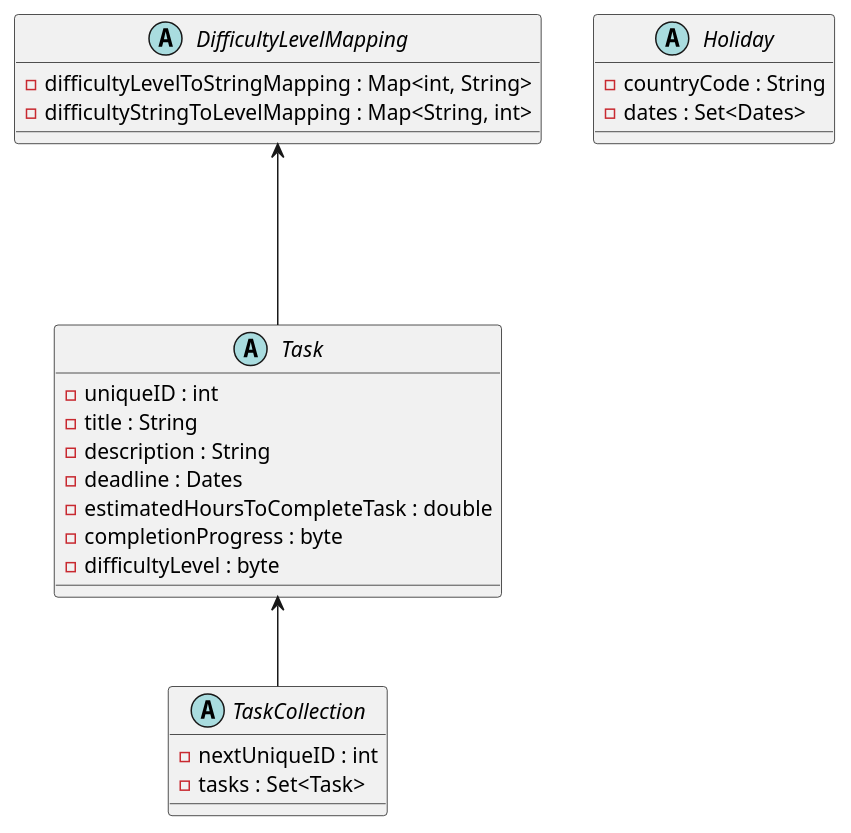
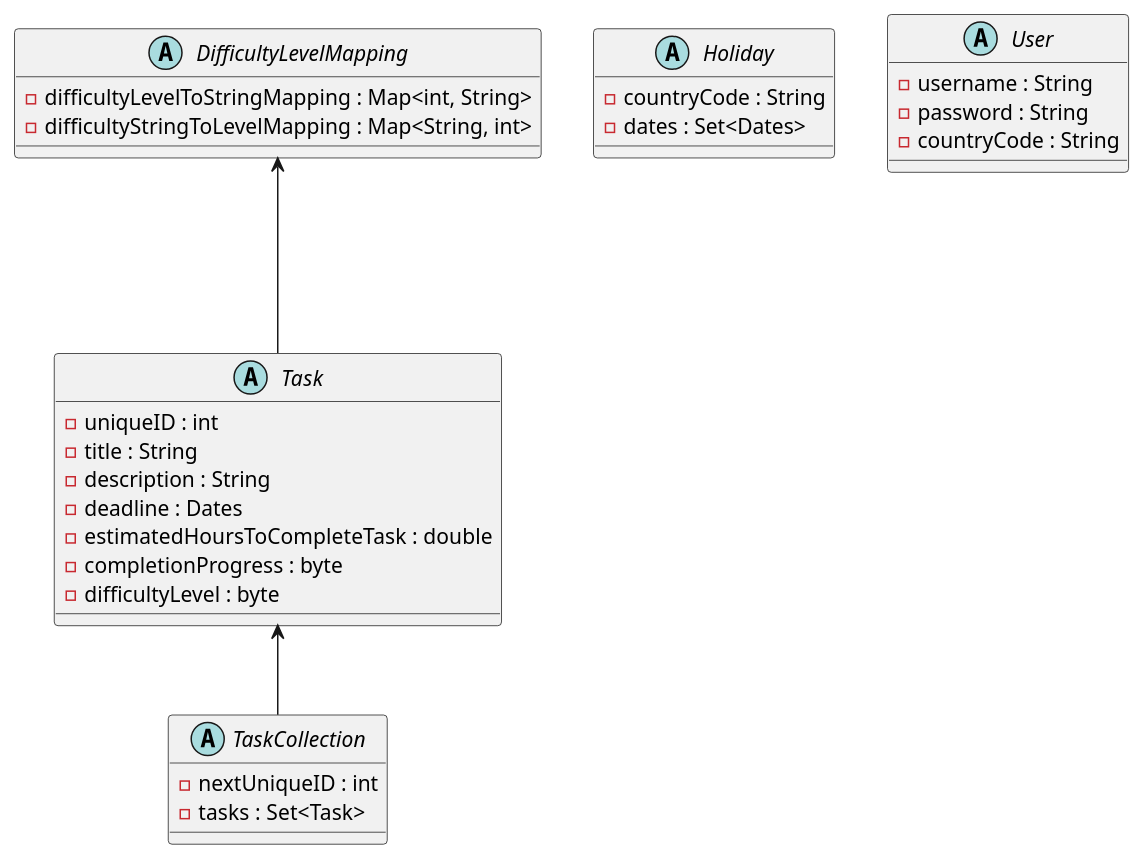
Before and after one commit to XiaRao/team-project: the diagram in Entities.puml, drawn with PlantUML. The commit also changed 1 other file, not shown here.

```diff
--- a/Entities.puml
+++ b/Entities.puml
@@ -1,36 +1,42 @@
 @startuml
 'https://plantuml.com/class-diagram
 
 abstract class TaskCollection {
   - nextUniqueID : int
   - tasks : Set<Task>
 }
 
 ' The estimated number of hours needed to complete the task must be positive
 ' The completion progress must be an integer between 0 and 100. Both 0 and 100 are allowed.
 abstract class Task {
   - uniqueID : int
   - title : String
   - description : String
   - deadline : Dates
   - estimatedHoursToCompleteTask : double
   - completionProgress : byte
   - difficultyLevel : byte
 }
 
 ' 1 - Easy, 2 - Average, 3 - Difficult
 abstract class DifficultyLevelMapping {
   - difficultyLevelToStringMapping : Map<int, String>
   - difficultyStringToLevelMapping : Map<String, int>
 }
 
 ' Country code is in ISO 3166-1 alpha-2 code
 abstract class Holiday {
   - countryCode : String
   - dates : Set<Dates>
 }
 
+abstract class User {
+  - username : String
+  - password : String
+  - countryCode : String
+}
+
 DifficultyLevelMapping <--- Task
 Task <-- TaskCollection
 
 @enduml
```
